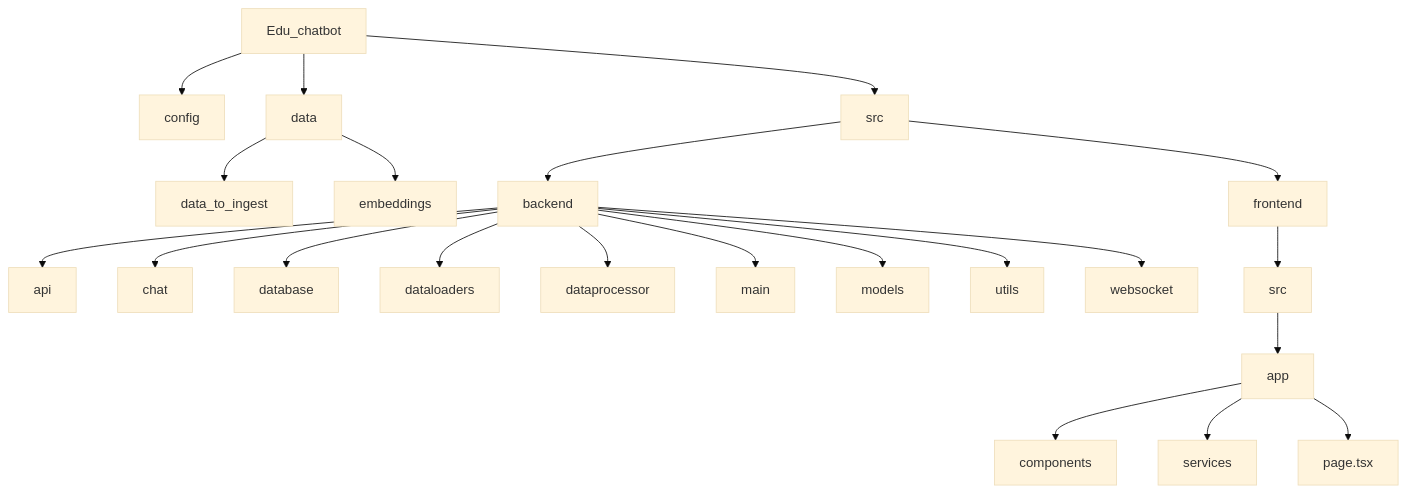
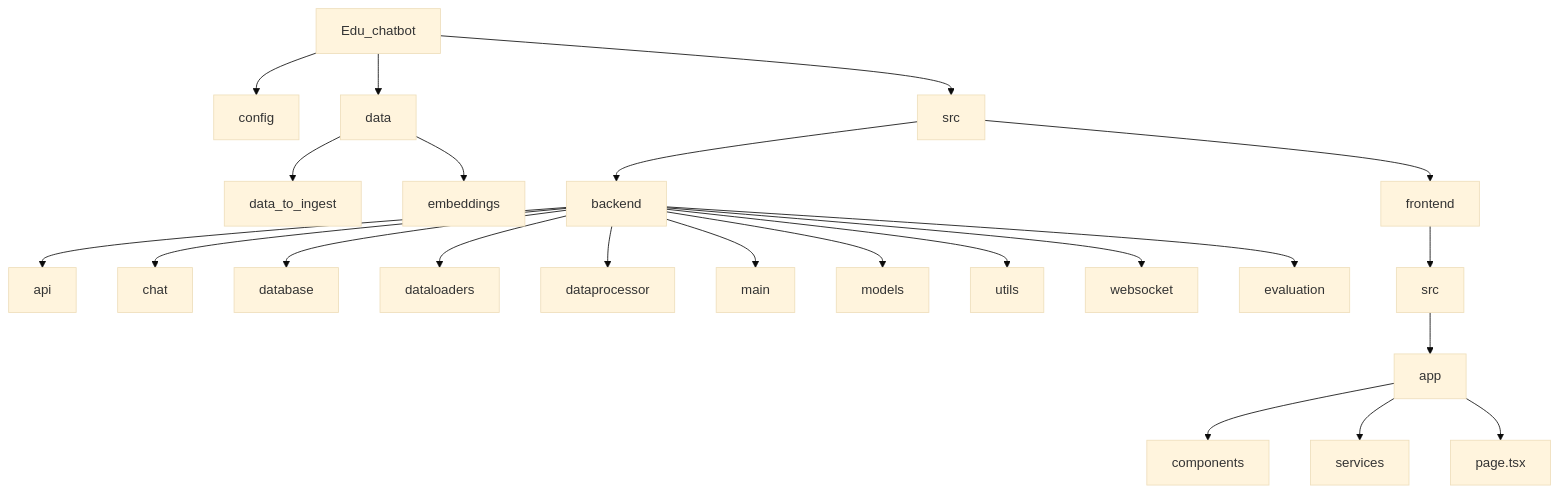
Before and after one commit to Jeanetted3v/Edu-Chatbot: the second of 2 diagrams in README.md, drawn with Mermaid (base theme). The commit also changed other lines of this file, not shown here.

Commit message:
add in evaluation folder

````diff
--- a/README.md
+++ b/README.md
@@ -206,28 +207,29 @@
 ```mermaid
 graph TD
     A[Edu_chatbot] --> C[config]
     A --> D[data]
     A --> F[src]
     
     D --> D1[data_to_ingest]
     D --> D2[embeddings]
     
     F --> F1[backend]
     F --> F2[frontend]
     
     F1 --> F1A[api]
     F1 --> F1B[chat]
     F1 --> F1C[database]
     F1 --> F1D[dataloaders]
     F1 --> F1E[dataprocessor]
     F1 --> F1F[main]
     F1 --> F1G[models]
     F1 --> F1H[utils]
     F1 --> F1I[websocket]
+    F1 --> F1J[evaluation]
     
     F2 --> F2A[src]
     F2A --> F2A1[app]
     F2A1 --> F2A1A[components]
     F2A1 --> F2A1B[services]
     F2A1 --> F2A1C[page.tsx]
 ```
````
